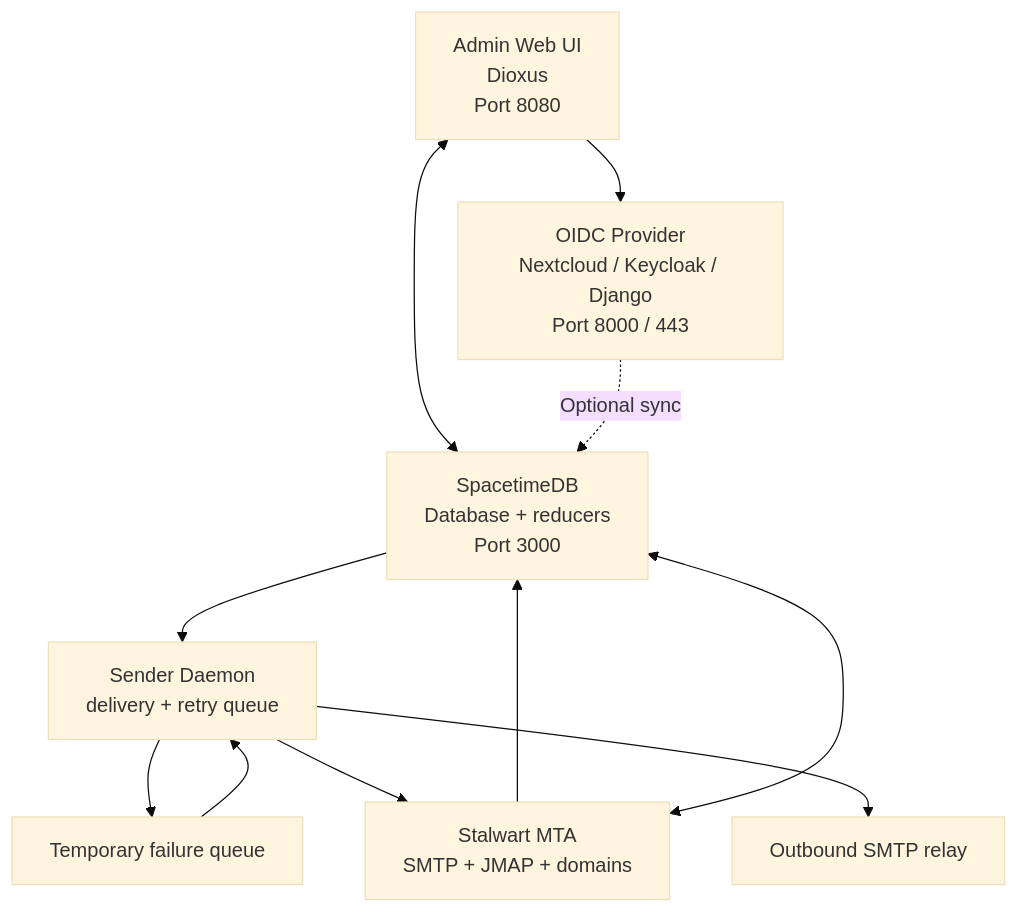
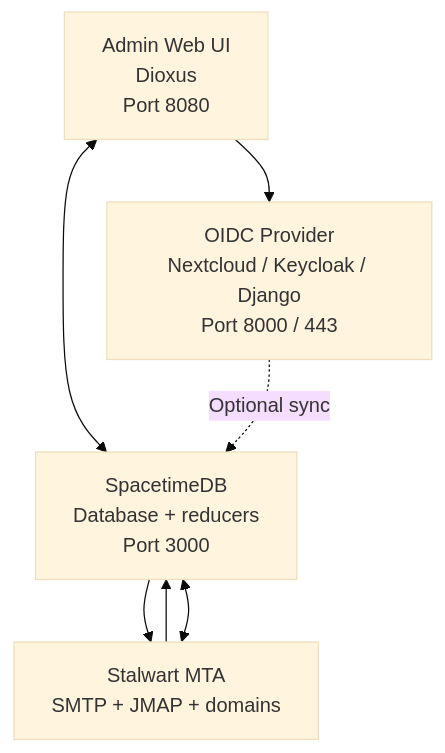
The diagram in README.md (enaut/kommunikationszentrum), drawn with Mermaid (base theme) before and after one commit. The commit also changed other lines of this file and 247 other files, not shown here.

Commit message:
remove the old sender daemon and update docs

````diff
--- a/README.md
+++ b/README.md
@@ -42,21 +41,15 @@
 ```mermaid
 graph TD
     Admin["Admin Web UI<br/>Dioxus<br/>Port 8080"]
     DB["SpacetimeDB<br/>Database + reducers<br/>Port 3000"]
     OIDC["OIDC Provider<br/>Nextcloud / Keycloak / Django<br/>Port 8000 / 443"]
     Stalwart["Stalwart MTA<br/>SMTP + JMAP + domains"]
-    Sender["Sender Daemon<br/>delivery + retry queue"]
-    Queue["Temporary failure queue"]
-    Relay["Outbound SMTP relay"]
+
 
     Admin <--> DB
     Admin --> OIDC
     OIDC -. Optional sync .-> DB
     Stalwart --> DB
     Stalwart <--> DB
-    DB --> Sender
-    Sender --> Queue
-    Queue --> Sender
-    Sender --> Stalwart
-    Sender --> Relay
+    DB --> Stalwart
 ```
````
